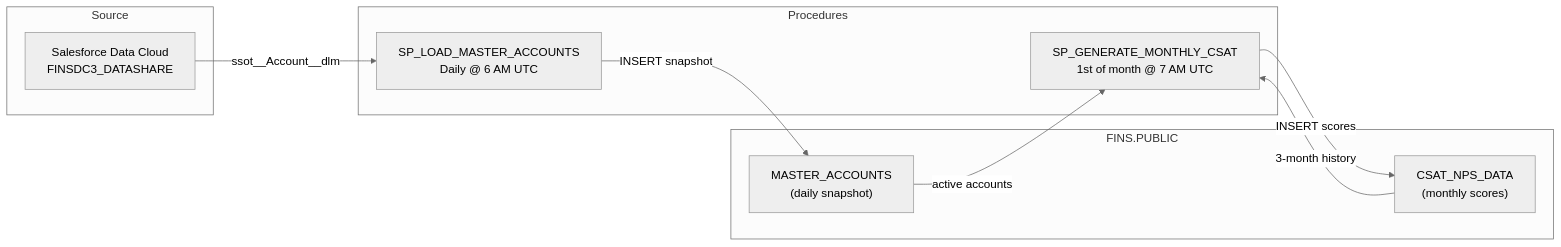
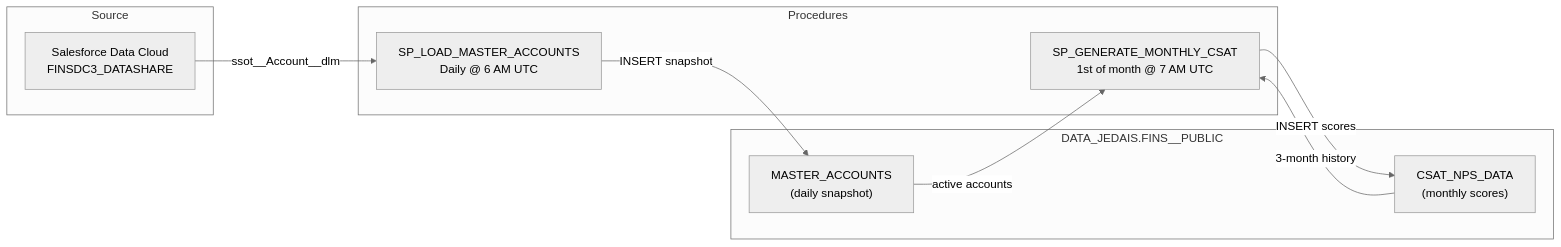
Before and after one commit to josers18/JDO: the second of 4 diagrams in Snowflake_CSAT_NPS/docs/architecture.md, drawn with Mermaid (neutral theme). The commit also changed 167 other files, not shown here.

First line of the commit message:
docs: migrate all Snowflake references from GSB13421 FINS.PUBLIC to SFDC_DC_TECH_ARCH DATA_JEDAIS.FINS__PUBLIC

````diff
--- a/Snowflake_CSAT_NPS/docs/architecture.md
+++ b/Snowflake_CSAT_NPS/docs/architecture.md
@@ -28,20 +28,20 @@
 ```mermaid
 flowchart LR
     subgraph Source
         DC["Salesforce Data Cloud<br/>FINSDC3_DATASHARE"]
     end
-    subgraph "FINS.PUBLIC"
+    subgraph "DATA_JEDAIS.FINS__PUBLIC"
         MA["MASTER_ACCOUNTS<br/>(daily snapshot)"]
         CSAT["CSAT_NPS_DATA<br/>(monthly scores)"]
     end
     subgraph Procedures
         SP1["SP_LOAD_MASTER_ACCOUNTS<br/>Daily @ 6 AM UTC"]
         SP2["SP_GENERATE_MONTHLY_CSAT<br/>1st of month @ 7 AM UTC"]
     end
 
     DC -->|"ssot__Account__dlm"| SP1
     SP1 -->|"INSERT snapshot"| MA
     MA -->|"active accounts"| SP2
     CSAT -->|"3-month history"| SP2
     SP2 -->|"INSERT scores"| CSAT
 ```
````
